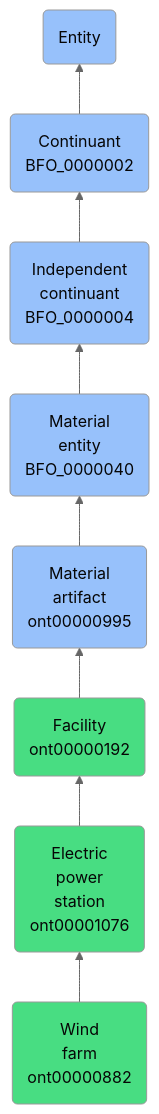
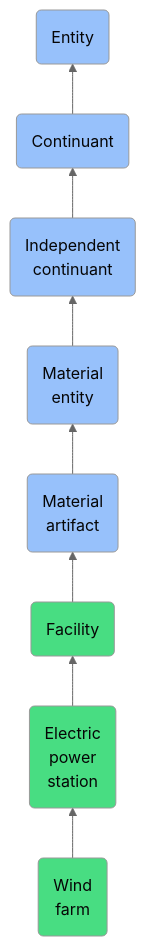
The diagram in docs/ontology/reference/model/Entity/Continuant/Independent continuant/Material entity/Material artifact/Facility/Electric power station/Wind farm/Wind farm.md (jupyter-naas/abi), drawn with Mermaid (neutral theme) before and after one commit. The commit also changed other lines of this file and 1430 other files, not shown here.

````diff
--- a/docs/ontology/reference/model/Entity/Continuant/Independent continuant/Material entity/Material artifact/Facility/Electric power station/Wind farm/Wind farm.md
+++ b/docs/ontology/reference/model/Entity/Continuant/Independent continuant/Material entity/Material artifact/Facility/Electric power station/Wind farm/Wind farm.md
@@ -24,15 +24,15 @@
 ```mermaid
 graph BT
-    ont00000882(Wind<br>farm<br>ont00000882):::ABI-->ont00001076
-    ont00001076(Electric<br>power<br>station<br>ont00001076):::ABI-->ont00000192
-    ont00000192(Facility<br>ont00000192):::ABI-->ont00000995
-    ont00000995(Material<br>artifact<br>ont00000995):::BFO-->BFO_0000040
-    BFO_0000040(Material<br>entity<br>BFO_0000040):::BFO-->BFO_0000004
-    BFO_0000004(Independent<br>continuant<br>BFO_0000004):::BFO-->BFO_0000002
-    BFO_0000002(Continuant<br>BFO_0000002):::BFO-->BFO_0000001
+    ont00000882(Wind<br>farm):::ABI-->ont00001076
+    ont00001076(Electric<br>power<br>station):::ABI-->ont00000192
+    ont00000192(Facility):::ABI-->ont00000995
+    ont00000995(Material<br>artifact):::BFO-->BFO_0000040
+    BFO_0000040(Material<br>entity):::BFO-->BFO_0000004
+    BFO_0000004(Independent<br>continuant):::BFO-->BFO_0000002
+    BFO_0000002(Continuant):::BFO-->BFO_0000001
     BFO_0000001(Entity):::BFO
     
     classDef BFO fill:#97c1fb,color:#060606
     classDef CCO fill:#e4c51e,color:#060606
     classDef ABI fill:#48DD82,color:#060606
 ```
````
